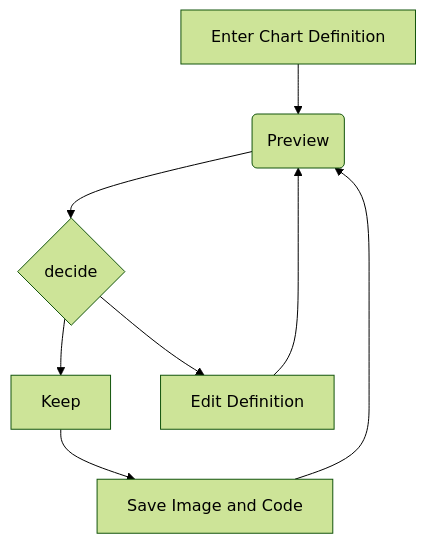
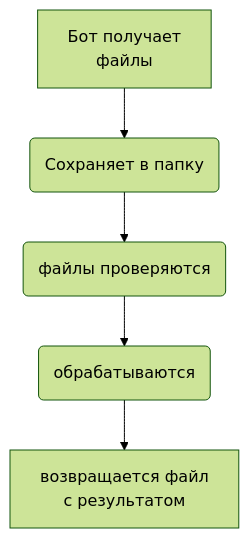
Before and after one commit to gusevskiy/RPA_check_documents: the diagram in README.md, drawn with Mermaid (forest theme). The commit also changed 2 other files, not shown here.

Commit message:
так и не понял почему без импорта работает проверка id, а с импортом нет

````diff
--- a/README.md
+++ b/README.md
@@ -23,10 +23,7 @@
 ```mermaid
 graph TD
-    A[Enter Chart Definition] --> B(Preview)
-    B --> C{decide}
-    C --> D[Keep]
-    C --> E[Edit Definition]
-    E --> B
-    D --> F[Save Image and Code]
-    F --> B
+    A[Бот получает \n файлы] --> B(Сохраняет в папку)
+    B --> C(файлы проверяются)
+    C --> D(обрабатываются) 
+    D --> F[возвращается файл \n с результатом]
 ```
````
